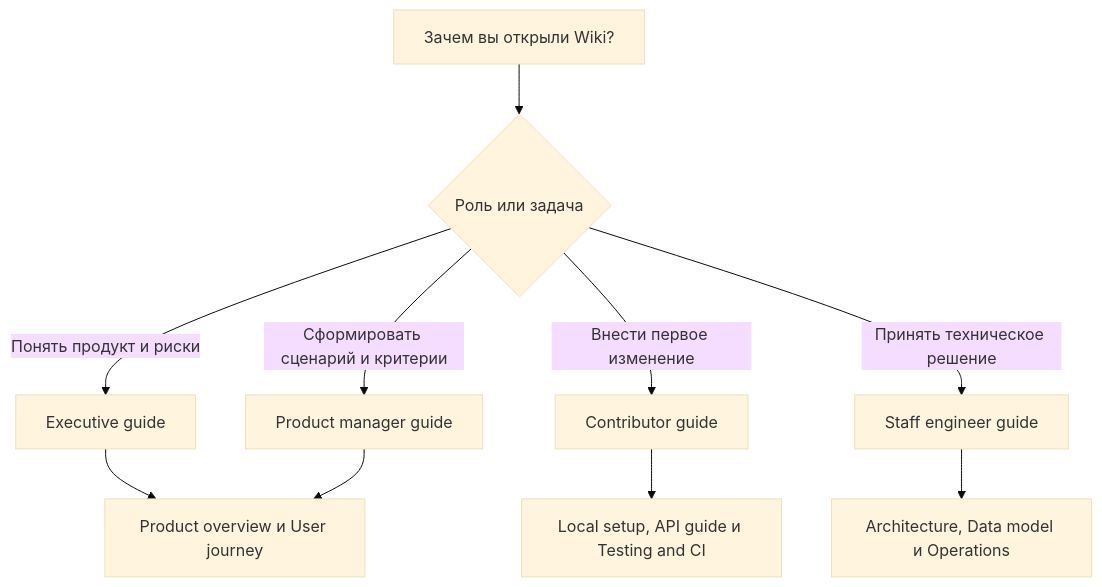
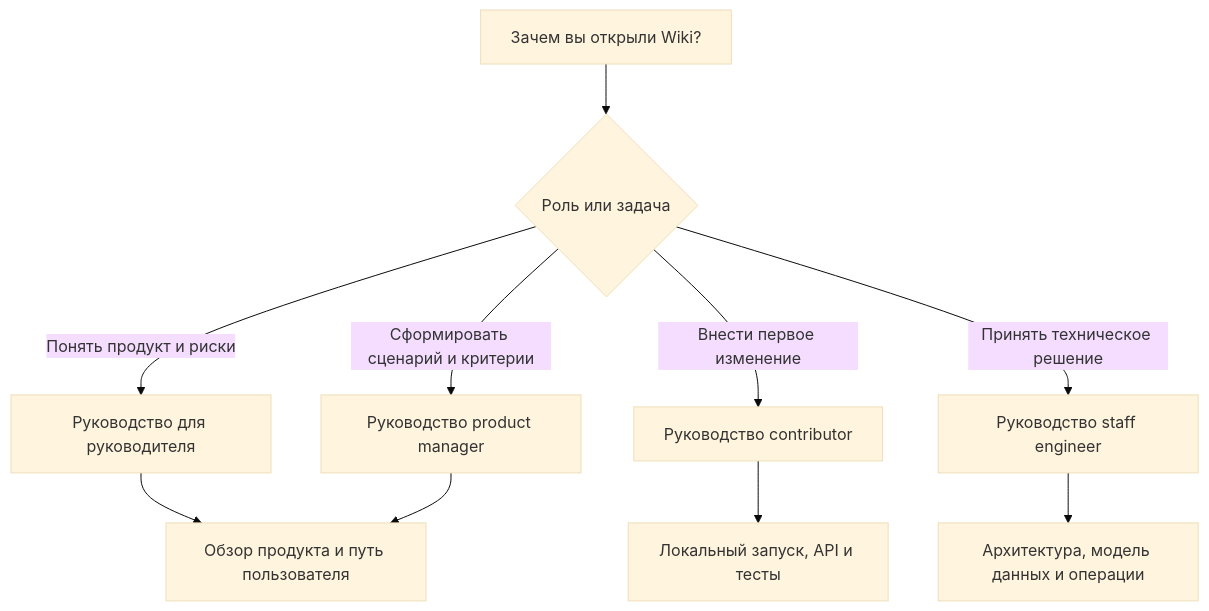
The diagram in docs/wiki/Onboarding.md (Strongf-bob/SplitAppBackend), drawn with Mermaid (base theme) before and after one commit. The commit also changed other lines of this file and 24 other files, not shown here.

````diff
--- a/docs/wiki/Onboarding.md
+++ b/docs/wiki/Onboarding.md
@@ -10,12 +10,12 @@
 ```mermaid
 flowchart TD
   A["Зачем вы открыли Wiki?"] --> B{"Роль или задача"}
-  B -->|"Понять продукт и риски"| C["Executive guide"]
-  B -->|"Сформировать сценарий и критерии"| D["Product manager guide"]
-  B -->|"Внести первое изменение"| E["Contributor guide"]
-  B -->|"Принять техническое решение"| F["Staff engineer guide"]
-  C --> G["Product overview и User journey"]
+  B -->|"Понять продукт и риски"| C["Руководство для руководителя"]
+  B -->|"Сформировать сценарий и критерии"| D["Руководство product manager"]
+  B -->|"Внести первое изменение"| E["Руководство contributor"]
+  B -->|"Принять техническое решение"| F["Руководство staff engineer"]
+  C --> G["Обзор продукта и путь пользователя"]
   D --> G
-  E --> H["Local setup, API guide и Testing and CI"]
-  F --> I["Architecture, Data model и Operations"]
+  E --> H["Локальный запуск, API и тесты"]
+  F --> I["Архитектура, модель данных и операции"]
 ```
````
